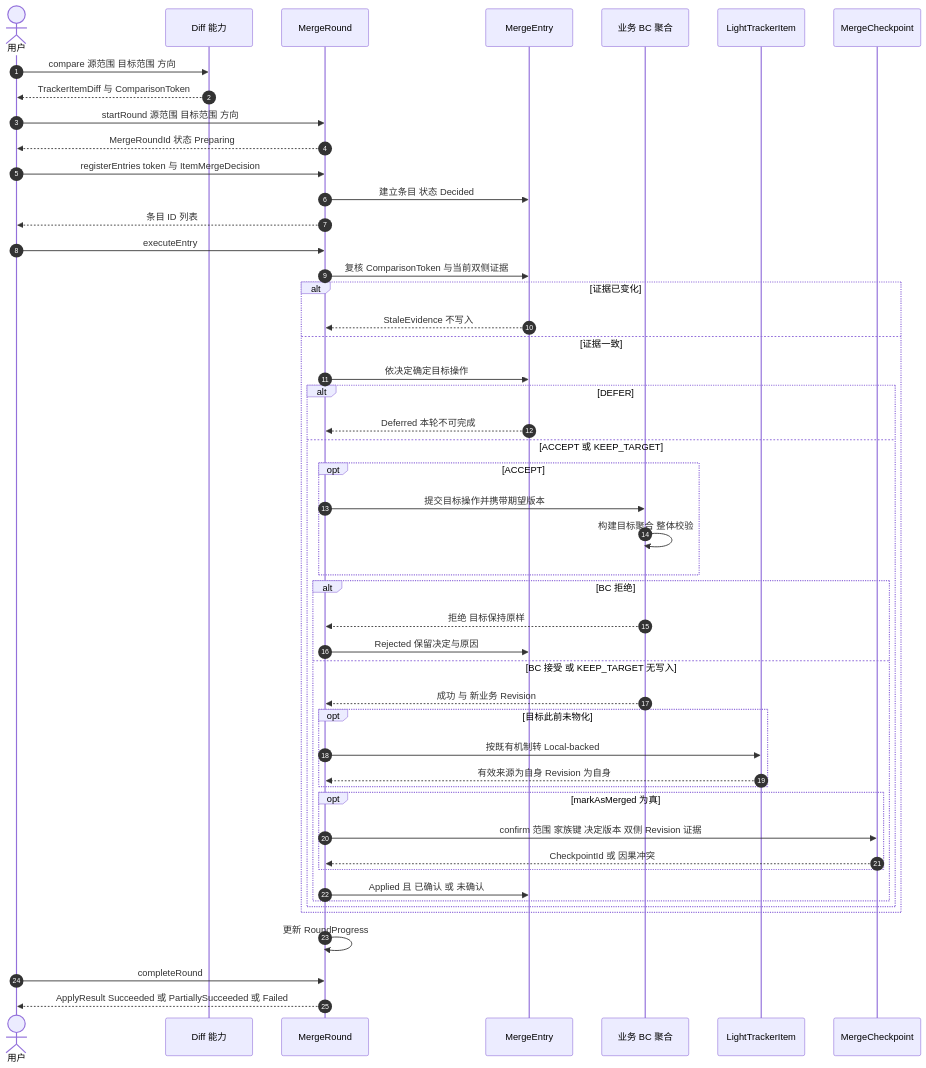
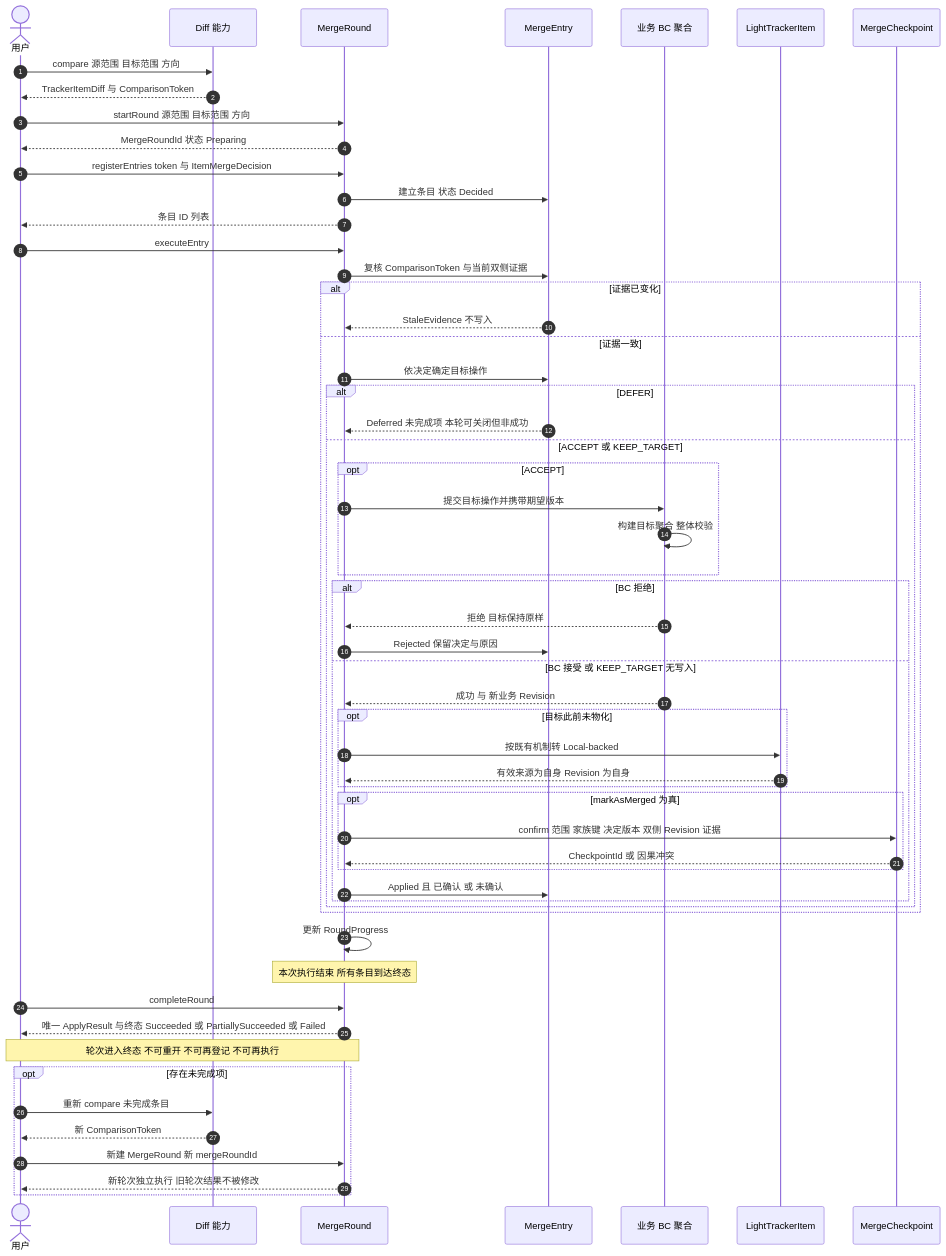
One commit to Greytrack/ddd-workingset changed the first of 3 diagrams in docs/working-set/diagrams/merge-entry-lifecycle.md. Above: the diagram before and after it, drawn with Mermaid. The commit also changed other lines of this file and 10 other files, not shown here.

First line of the commit message:
docs(工作集) 裁定 MergeRound 一次执行即终态并同步 T1 契约

````diff
--- a/docs/working-set/diagrams/merge-entry-lifecycle.md
+++ b/docs/working-set/diagrams/merge-entry-lifecycle.md
@@ -18,57 +18,65 @@
 ```mermaid
 sequenceDiagram
     autonumber
     actor U as 用户
     participant D as Diff 能力
     participant R as MergeRound
     participant E as MergeEntry
     participant BC as 业务 BC 聚合
     participant L as LightTrackerItem
     participant C as MergeCheckpoint
 
     U->>D: compare 源范围 目标范围 方向
     D-->>U: TrackerItemDiff 与 ComparisonToken
 
     U->>R: startRound 源范围 目标范围 方向
     R-->>U: MergeRoundId 状态 Preparing
 
     U->>R: registerEntries token 与 ItemMergeDecision
     R->>E: 建立条目 状态 Decided
     R-->>U: 条目 ID 列表
 
     U->>R: executeEntry
     R->>E: 复核 ComparisonToken 与当前双侧证据
 
     alt 证据已变化
         E-->>R: StaleEvidence 不写入
     else 证据一致
         R->>E: 依决定确定目标操作
         alt DEFER
-            E-->>R: Deferred 本轮不可完成
+            E-->>R: Deferred 未完成项 本轮可关闭但非成功
         else ACCEPT 或 KEEP_TARGET
             opt ACCEPT
                 R->>BC: 提交目标操作并携带期望版本
                 BC->>BC: 构建目标聚合 整体校验
             end
             alt BC 拒绝
                 BC-->>R: 拒绝 目标保持原样
                 R->>E: Rejected 保留决定与原因
             else BC 接受 或 KEEP_TARGET 无写入
                 BC-->>R: 成功 与 新业务 Revision
                 opt 目标此前未物化
                     R->>L: 按既有机制转 Local-backed
                     L-->>R: 有效来源为自身 Revision 为自身
                 end
                 opt markAsMerged 为真
                     R->>C: confirm 范围 家族键 决定版本 双侧 Revision 证据
                     C-->>R: CheckpointId 或 因果冲突
                 end
                 R->>E: Applied 且 已确认 或 未确认
             end
         end
     end
 
     R->>R: 更新 RoundProgress
+    Note over R: 本次执行结束 所有条目到达终态
     U->>R: completeRound
-    R-->>U: ApplyResult Succeeded 或 PartiallySucceeded 或 Failed
+    R-->>U: 唯一 ApplyResult 与终态 Succeeded 或 PartiallySucceeded 或 Failed
+    Note over U,R: 轮次进入终态 不可重开 不可再登记 不可再执行
+    opt 存在未完成项
+        U->>D: 重新 compare 未完成条目
+        D-->>U: 新 ComparisonToken
+        U->>R: 新建 MergeRound 新 mergeRoundId
+        R-->>U: 新轮次独立执行 旧轮次结果不被修改
+    end
 ```
````
